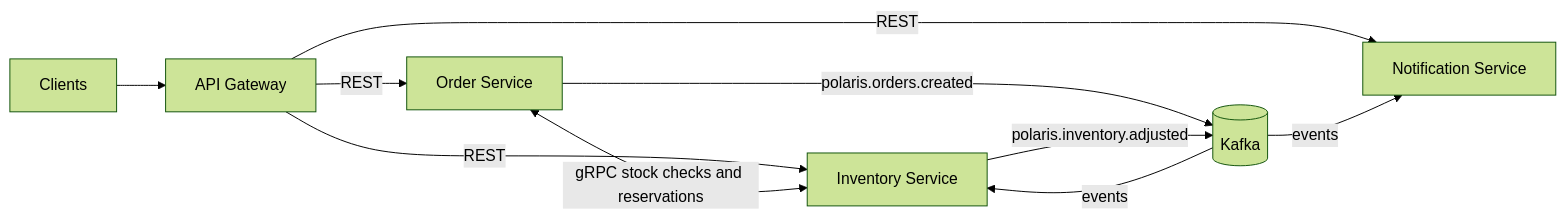
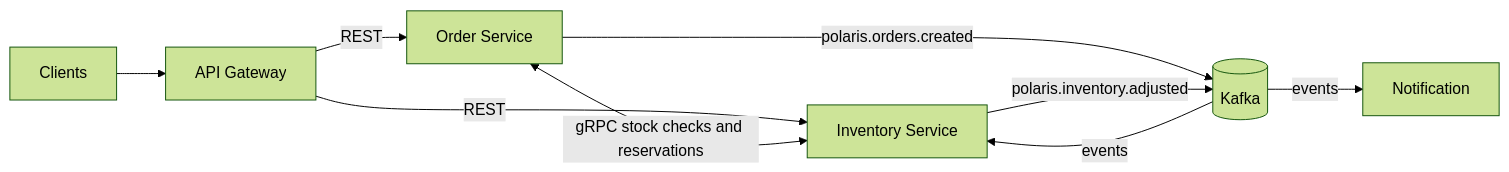
One commit to abdullahsayed30/Polaris changed the diagram in docs/architecture.md. Above: the diagram before and after it, drawn with Mermaid (forest theme). The commit also changed 19 other files, not shown here.

Commit message:
feat: add notification service

````diff
--- a/docs/architecture.md
+++ b/docs/architecture.md
@@ -5,15 +5,14 @@
 ```mermaid
 flowchart LR
     Client[Clients] --> Gateway[API Gateway]
 
     Gateway -->|REST| Order[Order Service]
     Gateway -->|REST| Inventory[Inventory Service]
-    Gateway -->|REST| Notification[Notification Service]
 
     Order <-->|gRPC stock checks and reservations| Inventory
 
     Order -->|polaris.orders.created| Kafka[(Kafka)]
     Inventory -->|polaris.inventory.adjusted| Kafka
     Kafka -->|events| Inventory
     Kafka -->|events| Notification
 ```
````
